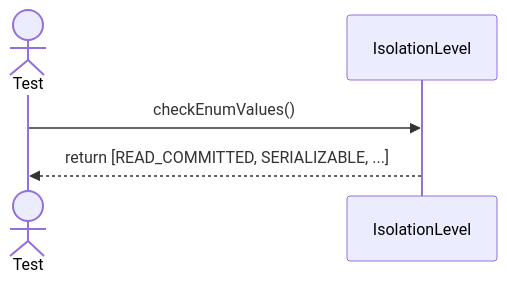
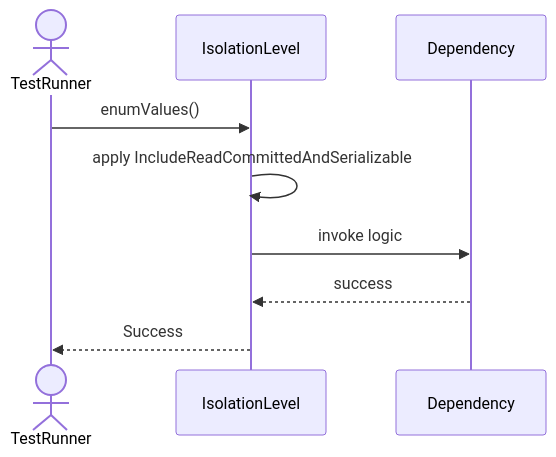
Before and after one commit to TamBui1706/DBMS: the diagram in Sequences/TransactionManagement/IsolationLevel.md, drawn with Mermaid. The commit also changed other lines of this file and 63 other files, not shown here.

Commit message:
Draw sequence diagram for unit tests

````diff
--- a/Sequences/TransactionManagement/IsolationLevel.md
+++ b/Sequences/TransactionManagement/IsolationLevel.md
@@ -7,8 +14,10 @@
 ```mermaid
 sequenceDiagram
-    actor Test
+    actor TestRunner
     participant IsolationLevel
-
-    Test->>IsolationLevel: checkEnumValues()
-    IsolationLevel-->>Test: return [READ_COMMITTED, SERIALIZABLE, ...]
+    TestRunner->>IsolationLevel: enumValues()
+    IsolationLevel->>IsolationLevel: apply IncludeReadCommittedAndSerializable
+    IsolationLevel->>Dependency: invoke logic
+    Dependency-->>IsolationLevel: success
+    IsolationLevel-->>TestRunner: Success
 ```
````
